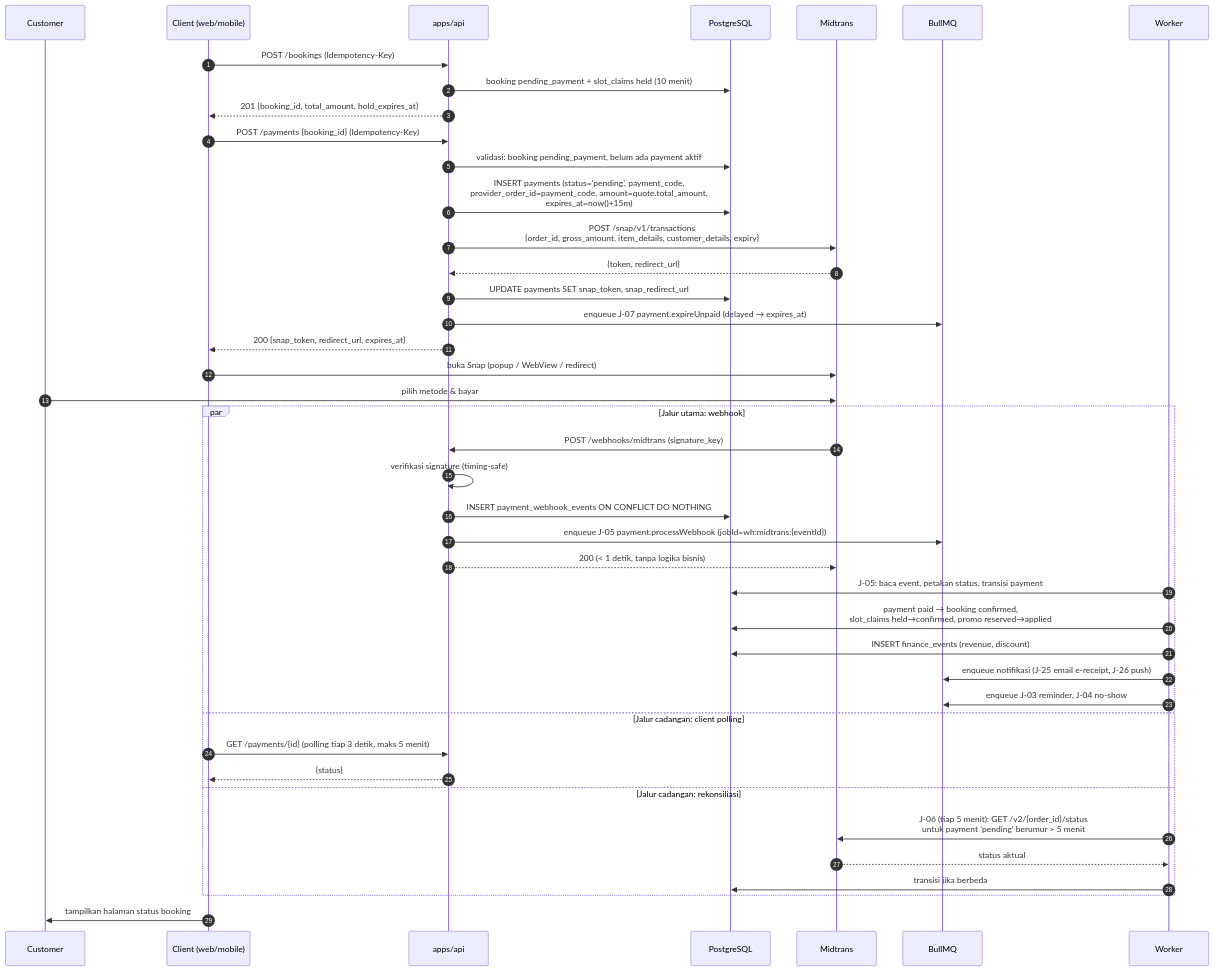
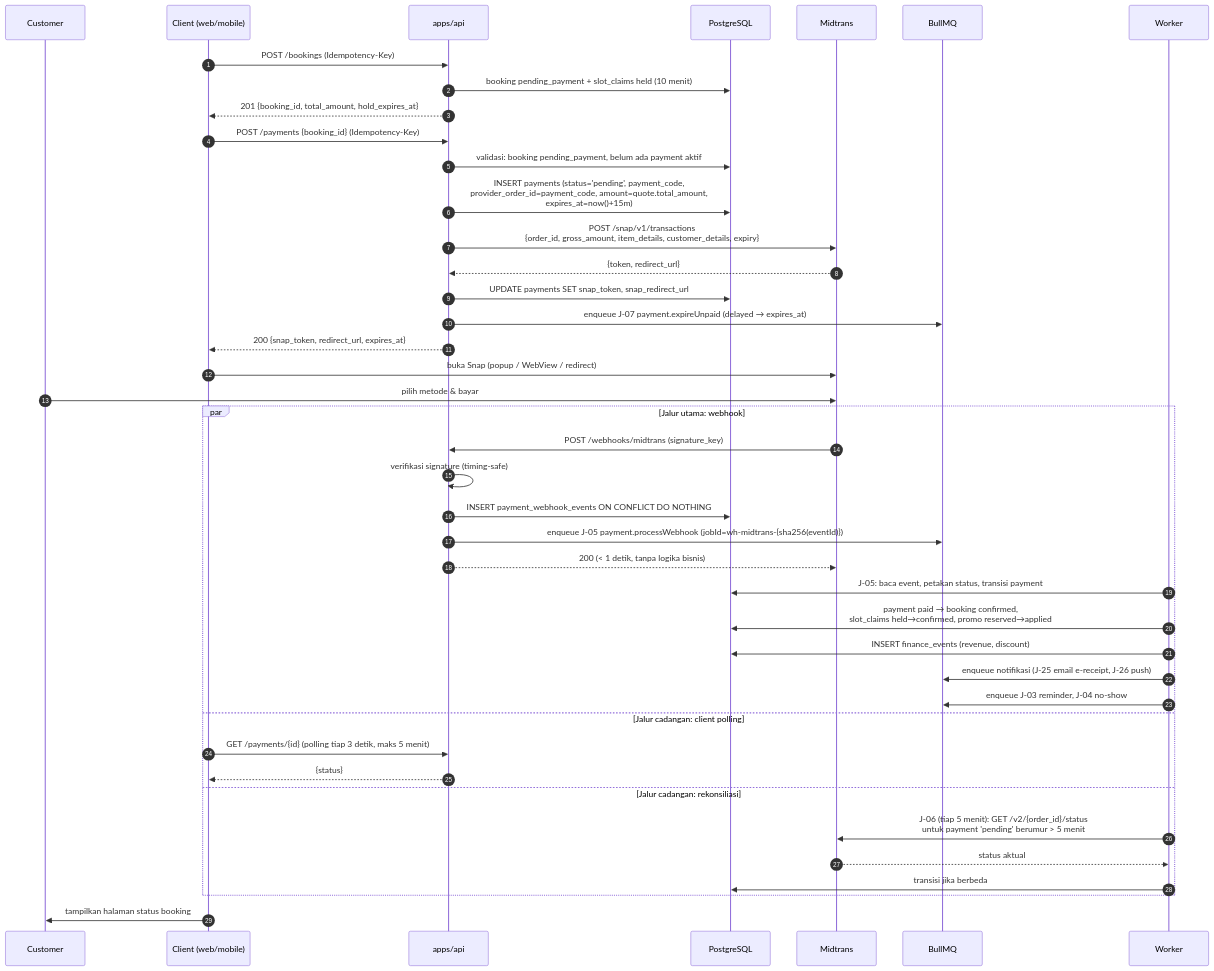
One commit to gagangborneo/hola-platform changed the second of 6 diagrams in docs/07-MODULE-PAYMENT.md. Above: the diagram before and after it, drawn with Mermaid. The commit also changed other lines of this file and 30 other files, not shown here.

````diff
--- a/docs/07-MODULE-PAYMENT.md
+++ b/docs/07-MODULE-PAYMENT.md
@@ -414,49 +414,49 @@
 ```mermaid
 sequenceDiagram
     autonumber
     participant U as Customer
     participant C as Client (web/mobile)
     participant A as apps/api
     participant PG as PostgreSQL
     participant MT as Midtrans
     participant Q as BullMQ
     participant WK as Worker
 
     C->>A: POST /bookings (Idempotency-Key)
     A->>PG: booking pending_payment + slot_claims held (10 menit)
     A-->>C: 201 {booking_id, total_amount, hold_expires_at}
 
     C->>A: POST /payments {booking_id} (Idempotency-Key)
     A->>PG: validasi: booking pending_payment, belum ada payment aktif
     A->>PG: INSERT payments (status='pending', payment_code,<br/>provider_order_id=payment_code, amount=quote.total_amount,<br/>expires_at=now()+15m)
     A->>MT: POST /snap/v1/transactions<br/>{order_id, gross_amount, item_details, customer_details, expiry}
     MT-->>A: {token, redirect_url}
     A->>PG: UPDATE payments SET snap_token, snap_redirect_url
     A->>Q: enqueue J-07 payment.expireUnpaid (delayed → expires_at)
     A-->>C: 200 {snap_token, redirect_url, expires_at}
 
     C->>MT: buka Snap (popup / WebView / redirect)
     U->>MT: pilih metode & bayar
 
     par Jalur utama: webhook
         MT->>A: POST /webhooks/midtrans (signature_key)
         A->>A: verifikasi signature (timing-safe)
         A->>PG: INSERT payment_webhook_events ON CONFLICT DO NOTHING
-        A->>Q: enqueue J-05 payment.processWebhook (jobId=wh:midtrans:{eventId})
+        A->>Q: enqueue J-05 payment.processWebhook (jobId=wh-midtrans-{sha256(eventId)})
         A-->>MT: 200 (< 1 detik, tanpa logika bisnis)
         WK->>PG: J-05: baca event, petakan status, transisi payment
         WK->>PG: payment paid → booking confirmed,<br/>slot_claims held→confirmed, promo reserved→applied
         WK->>PG: INSERT finance_events (revenue, discount)
         WK->>Q: enqueue notifikasi (J-25 email e-receipt, J-26 push)
         WK->>Q: enqueue J-03 reminder, J-04 no-show
     and Jalur cadangan: client polling
         C->>A: GET /payments/{id} (polling tiap 3 detik, maks 5 menit)
         A-->>C: {status}
     and Jalur cadangan: rekonsiliasi
         WK->>MT: J-06 (tiap 5 menit): GET /v2/{order_id}/status<br/>untuk payment 'pending' berumur > 5 menit
         MT-->>WK: status aktual
         WK->>PG: transisi jika berbeda
     end
 
     C->>U: tampilkan halaman status booking
 ```
````
